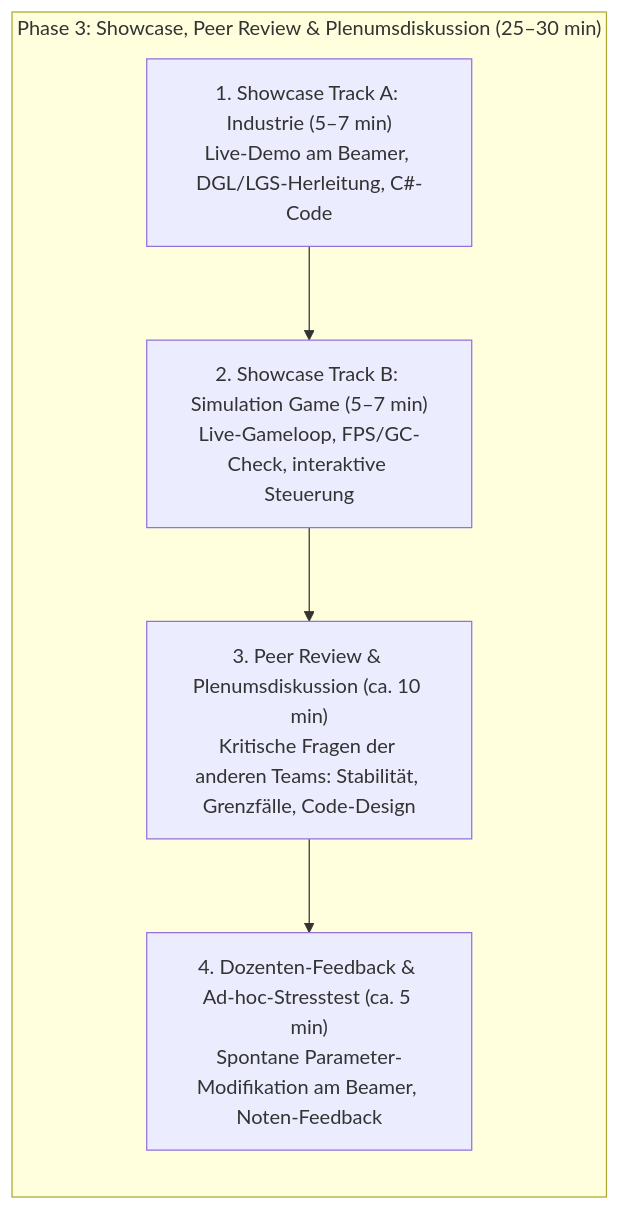
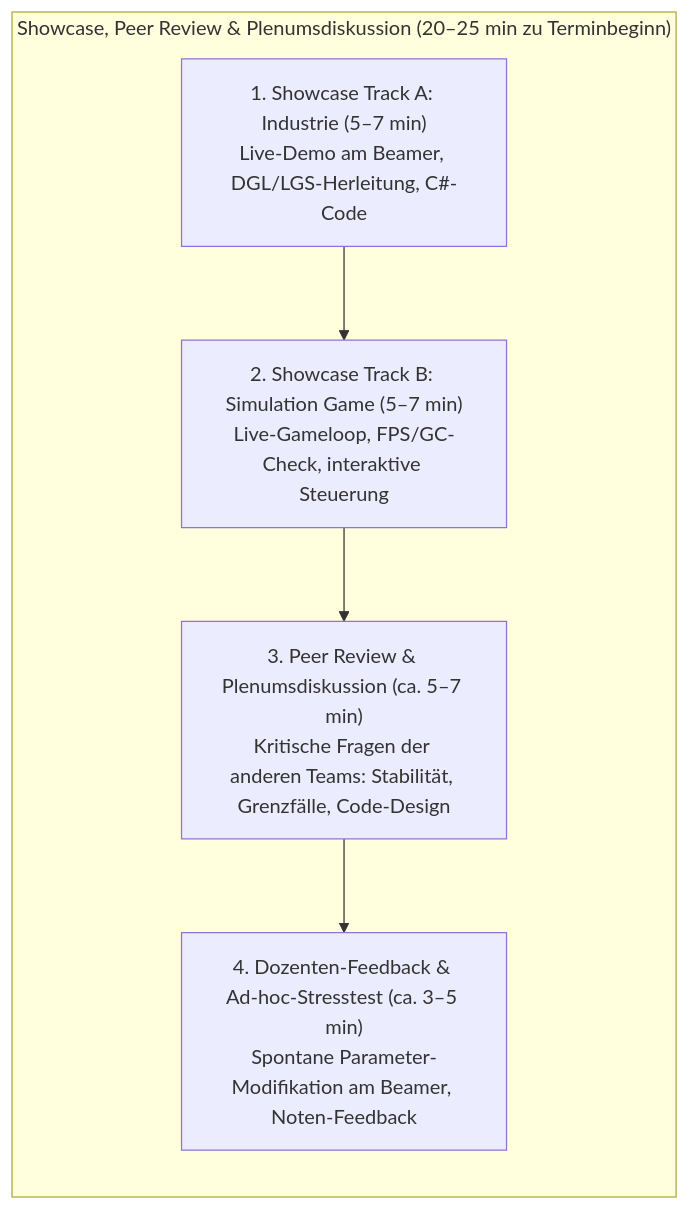
Before and after one commit to ghackenberg/kurs-computer-simulation: the second of 5 diagrams in Konzept/01_Lehrveranstaltungsstruktur_und_Syllabus.md, drawn with Mermaid. The commit also changed other lines of this file and 68 other files, not shown here.

Commit message:
Didaktik & Übungsstruktur: Stufe 1/2 (Hausübung ohne Live-Coding), Rückwärts-Kausalität der Moodle-Quizzes (8 Fragen / 10 Pkt.) und 6-Dimensionen-Review-Skill

````diff
--- a/Konzept/01_Lehrveranstaltungsstruktur_und_Syllabus.md
+++ b/Konzept/01_Lehrveranstaltungsstruktur_und_Syllabus.md
@@ -600,11 +601,11 @@
 ```mermaid
 flowchart TD
-    subgraph Phase_3["Phase 3: Showcase, Peer Review & Plenumsdiskussion (25–30 min)"]
+    subgraph Showcase_Phase["Showcase, Peer Review & Plenumsdiskussion (20–25 min zu Terminbeginn)"]
         direction TB
         A["1. Showcase Track A: Industrie (5–7 min)\nLive-Demo am Beamer, DGL/LGS-Herleitung, C#-Code"]
         B["2. Showcase Track B: Simulation Game (5–7 min)\nLive-Gameloop, FPS/GC-Check, interaktive Steuerung"]
-        C["3. Peer Review & Plenumsdiskussion (ca. 10 min)\nKritische Fragen der anderen Teams: Stabilität, Grenzfälle, Code-Design"]
-        D["4. Dozenten-Feedback & Ad-hoc-Stresstest (ca. 5 min)\nSpontane Parameter-Modifikation am Beamer, Noten-Feedback"]
+        C["3. Peer Review & Plenumsdiskussion (ca. 5–7 min)\nKritische Fragen der anderen Teams: Stabilität, Grenzfälle, Code-Design"]
+        D["4. Dozenten-Feedback & Ad-hoc-Stresstest (ca. 3–5 min)\nSpontane Parameter-Modifikation am Beamer, Noten-Feedback"]
         A --> B --> C --> D
     end
 ```
````
